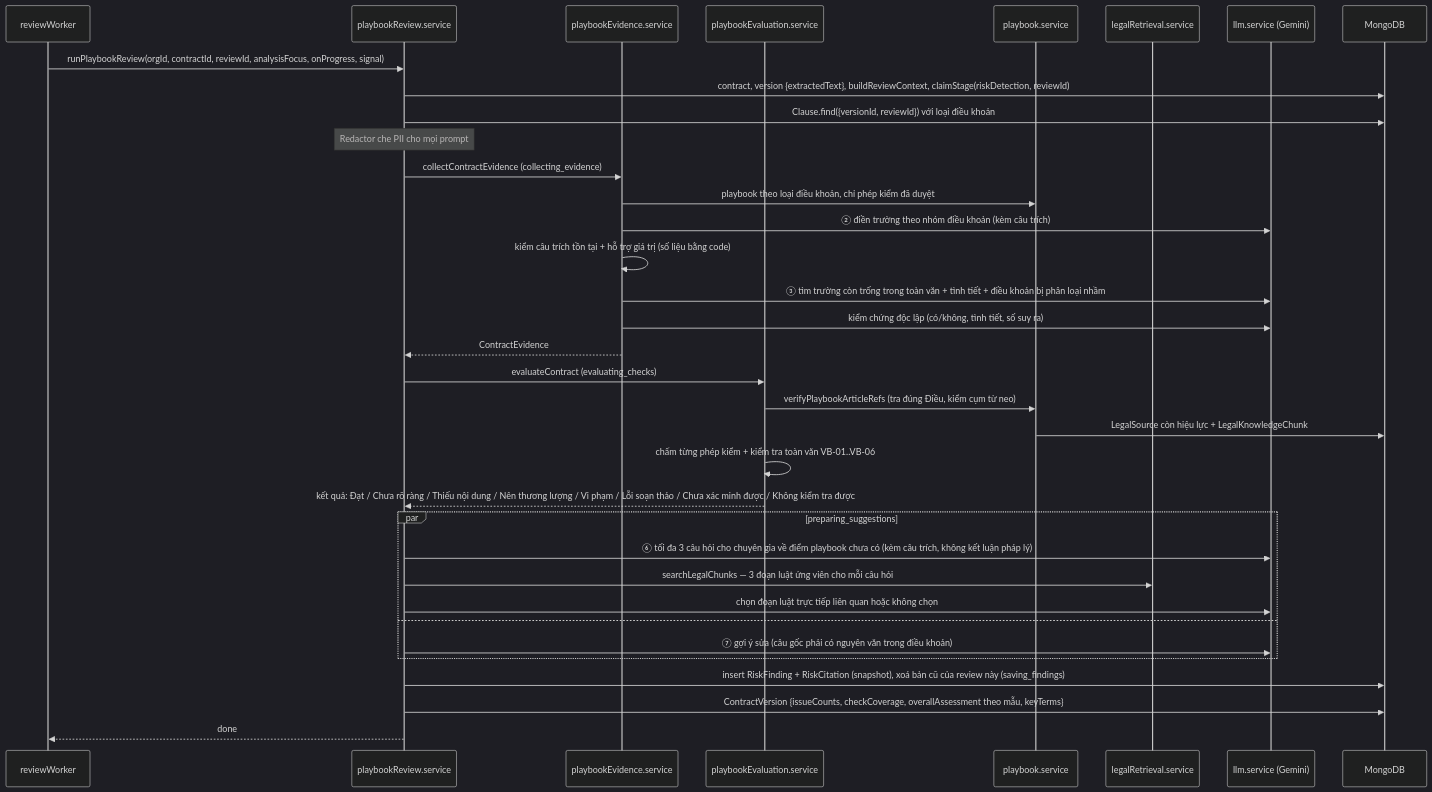
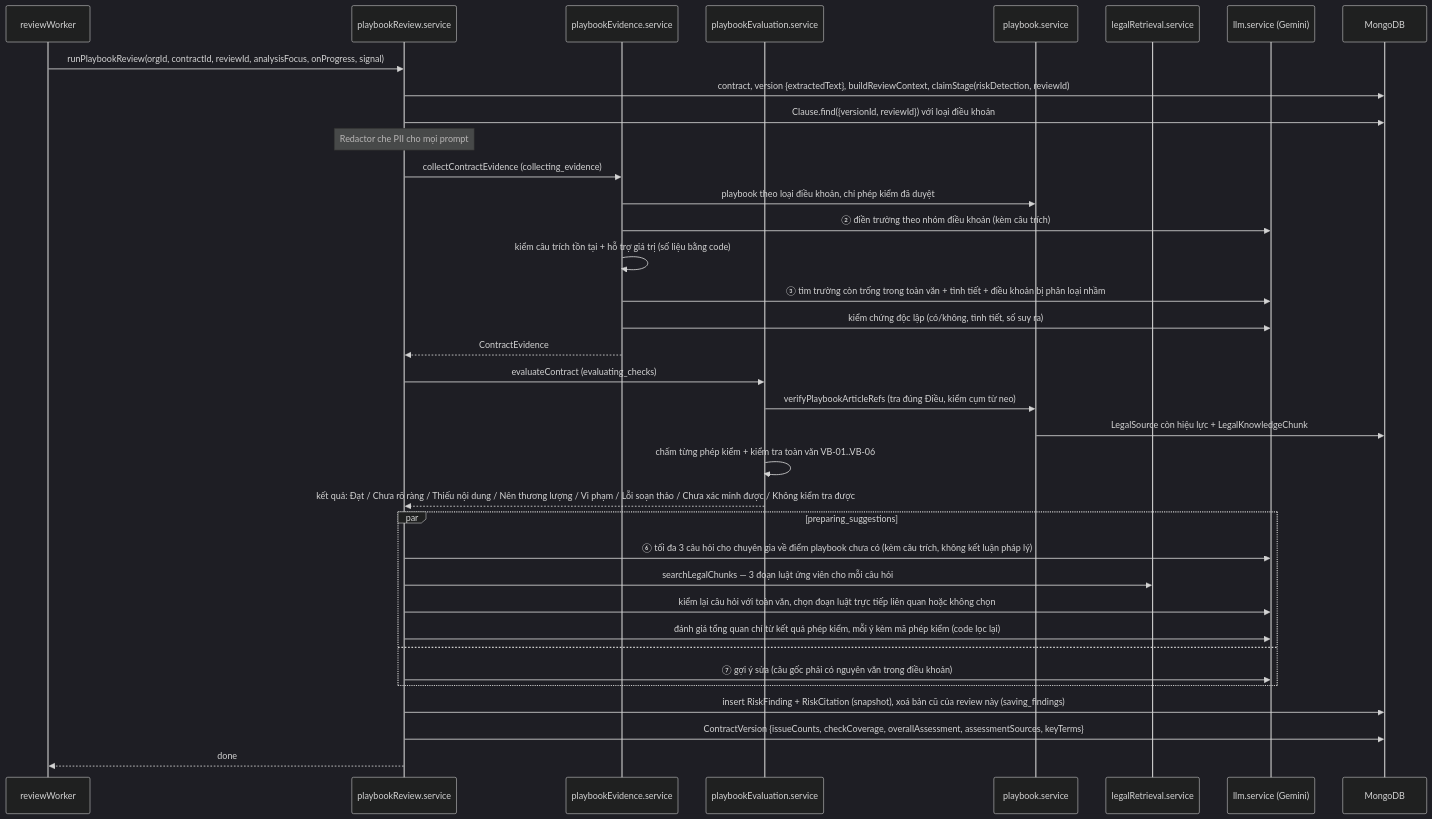
The third of 3 diagrams in docs/ai-review/srs/ai-review-flows.md (dangquyen-91/ai-contract-review-sme), drawn with Mermaid (dark theme) before and after one commit. The commit also changed other lines of this file and 27 other files, not shown here.

````diff
--- a/docs/ai-review/srs/ai-review-flows.md
+++ b/docs/ai-review/srs/ai-review-flows.md
@@ -147,38 +147,39 @@
 ```mermaid
 sequenceDiagram
     participant W as reviewWorker
     participant PR as playbookReview.service
     participant EV as playbookEvidence.service
     participant EL as playbookEvaluation.service
     participant PB as playbook.service
     participant LR as legalRetrieval.service
     participant LLM as llm.service (Gemini)
     participant DB as MongoDB
 
     W->>PR: runPlaybookReview(orgId, contractId, reviewId, analysisFocus, onProgress, signal)
     PR->>DB: contract, version {extractedText}, buildReviewContext, claimStage(riskDetection, reviewId)
     PR->>DB: Clause.find({versionId, reviewId}) với loại điều khoản
     Note over PR: Redactor che PII cho mọi prompt
     PR->>EV: collectContractEvidence (collecting_evidence)
     EV->>PB: playbook theo loại điều khoản, chỉ phép kiểm đã duyệt
     EV->>LLM: ② điền trường theo nhóm điều khoản (kèm câu trích)
     EV->>EV: kiểm câu trích tồn tại + hỗ trợ giá trị (số liệu bằng code)
     EV->>LLM: ③ tìm trường còn trống trong toàn văn + tình tiết + điều khoản bị phân loại nhầm
     EV->>LLM: kiểm chứng độc lập (có/không, tình tiết, số suy ra)
     EV-->>PR: ContractEvidence
     PR->>EL: evaluateContract (evaluating_checks)
     EL->>PB: verifyPlaybookArticleRefs (tra đúng Điều, kiểm cụm từ neo)
     PB->>DB: LegalSource còn hiệu lực + LegalKnowledgeChunk
     EL->>EL: chấm từng phép kiểm + kiểm tra toàn văn VB-01..VB-06
     EL-->>PR: kết quả: Đạt / Chưa rõ ràng / Thiếu nội dung / Nên thương lượng / Vi phạm / Lỗi soạn thảo / Chưa xác minh được / Không kiểm tra được
     par preparing_suggestions
         PR->>LLM: ⑥ tối đa 3 câu hỏi cho chuyên gia về điểm playbook chưa có (kèm câu trích, không kết luận pháp lý)
         PR->>LR: searchLegalChunks — 3 đoạn luật ứng viên cho mỗi câu hỏi
-        PR->>LLM: chọn đoạn luật trực tiếp liên quan hoặc không chọn
+        PR->>LLM: kiểm lại câu hỏi với toàn văn, chọn đoạn luật trực tiếp liên quan hoặc không chọn
+        PR->>LLM: đánh giá tổng quan chỉ từ kết quả phép kiểm, mỗi ý kèm mã phép kiểm (code lọc lại)
     and
         PR->>LLM: ⑦ gợi ý sửa (câu gốc phải có nguyên văn trong điều khoản)
     end
     PR->>DB: insert RiskFinding + RiskCitation (snapshot), xoá bản cũ của review này (saving_findings)
-    PR->>DB: ContractVersion {issueCounts, checkCoverage, overallAssessment theo mẫu, keyTerms}
+    PR->>DB: ContractVersion {issueCounts, checkCoverage, overallAssessment, assessmentSources, keyTerms}
     PR-->>W: done
 ```
````
